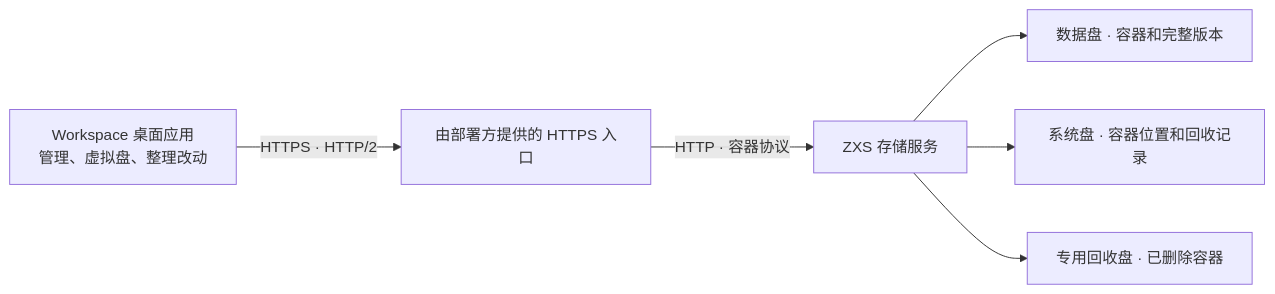
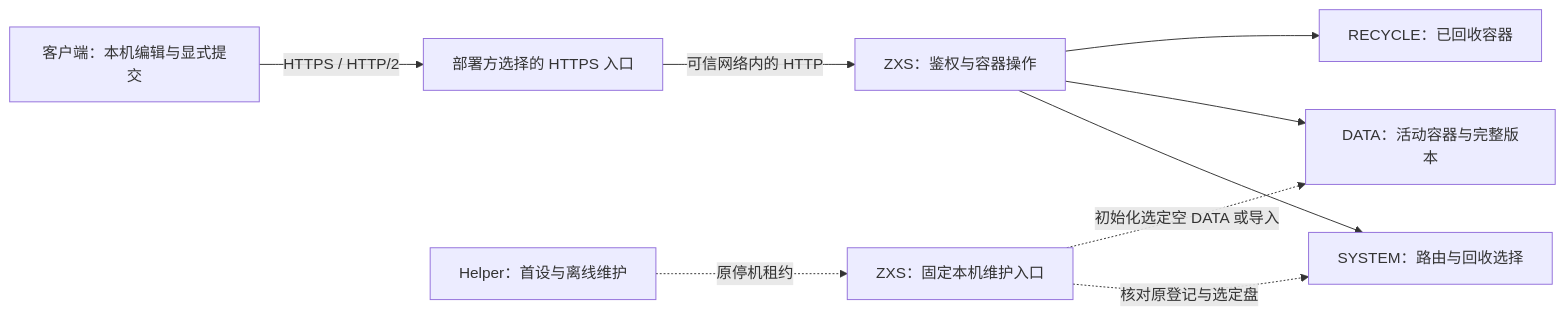
One commit to isarmg/zxs changed the diagram in zxs/ARCHITECTURE.md. Above: the diagram before and after it, drawn with Mermaid. The commit also changed other lines of this file, not shown here.

Commit message:
ZXS docs: map current storage flows and source boundaries

````diff
--- a/zxs/ARCHITECTURE.md
+++ b/zxs/ARCHITECTURE.md
@@ -3,8 +5,11 @@
 ```mermaid
 flowchart LR
-    A["Workspace 桌面应用<br/>管理、虚拟盘、整理改动"] -->|"HTTPS · HTTP/2"| T["由部署方提供的 HTTPS 入口"]
-    T -->|"HTTP · 容器协议"| S["ZXS 存储服务"]
-    S --> D["数据盘 · 容器和完整版本"]
-    S --> M["系统盘 · 容器位置和回收记录"]
-    S --> R["专用回收盘 · 已删除容器"]
+    C["客户端：本机编辑与显式提交"] -->|"HTTPS / HTTP/2"| P["部署方选择的 HTTPS 入口"]
+    P -->|"可信网络内的 HTTP"| S["ZXS：鉴权与容器操作"]
+    S --> M["SYSTEM：路由与回收选择"]
+    S --> D["DATA：活动容器与完整版本"]
+    S --> R["RECYCLE：已回收容器"]
+    H["Helper：首设与离线维护"] -. 原停机租约 .-> W["ZXS：固定本机维护入口"]
+    W -. 核对原登记与选定盘 .-> M
+    W -. 初始化选定空 DATA 或导入 .-> D
 ```
````
